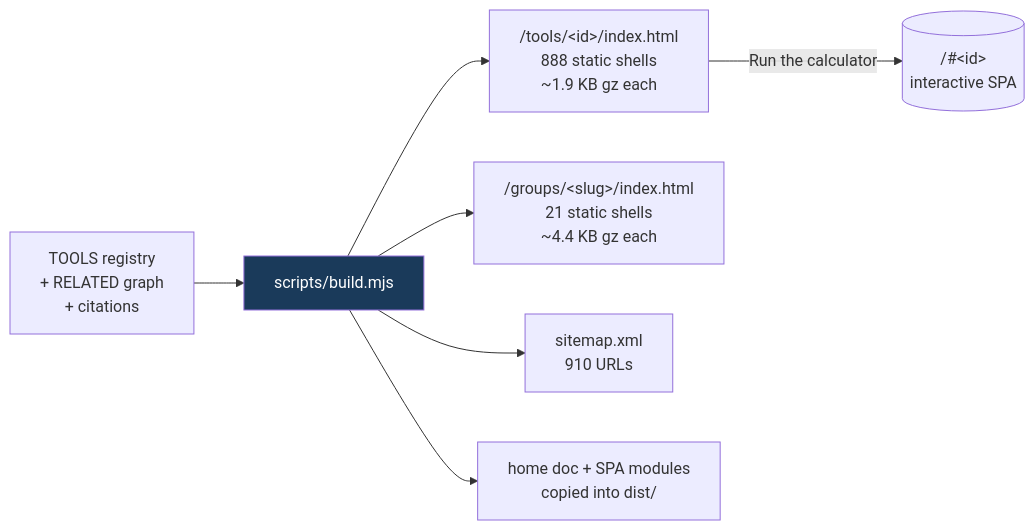
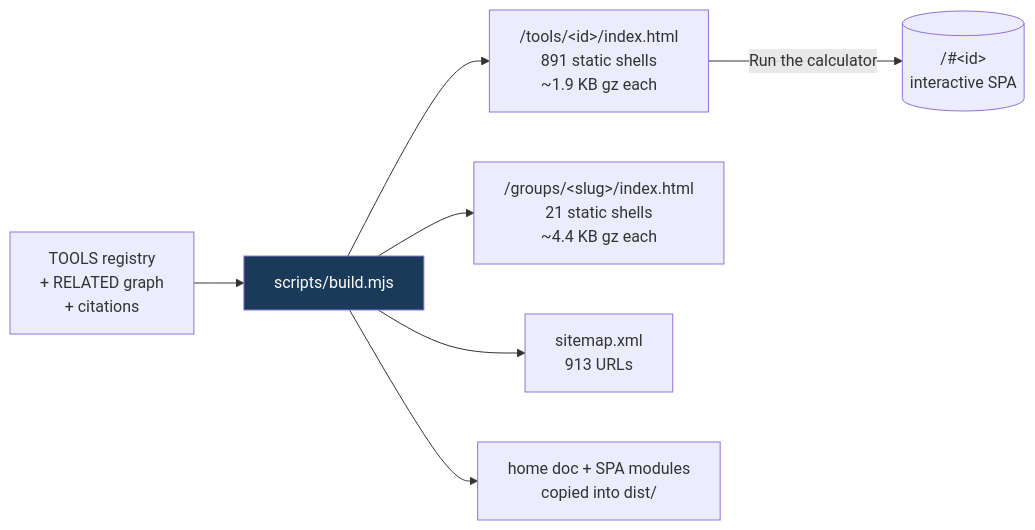
Before and after one commit to clay-good/roughlogic.com: the fifth of 8 diagrams in README.md, drawn with Mermaid. The commit also changed other lines of this file and 20 other files, not shown here.

````diff
--- a/README.md
+++ b/README.md
@@ -495,10 +495,10 @@
 ```mermaid
 flowchart LR
     SRC[TOOLS registry\n+ RELATED graph\n+ citations] --> BUILD[scripts/build.mjs]
-    BUILD --> TILE["/tools/&lt;id&gt;/index.html\n888 static shells\n~1.9 KB gz each"]
+    BUILD --> TILE["/tools/&lt;id&gt;/index.html\n891 static shells\n~1.9 KB gz each"]
     BUILD --> GROUP["/groups/&lt;slug&gt;/index.html\n21 static shells\n~4.4 KB gz each"]
-    BUILD --> MAP["sitemap.xml\n910 URLs"]
+    BUILD --> MAP["sitemap.xml\n913 URLs"]
     BUILD --> COPY[home doc + SPA modules\ncopied into dist/]
     TILE -->|Run the calculator| SPA[("/#&lt;id&gt;\ninteractive SPA")]
     style BUILD fill:#1a3a5a,color:#fff
 ```
````
